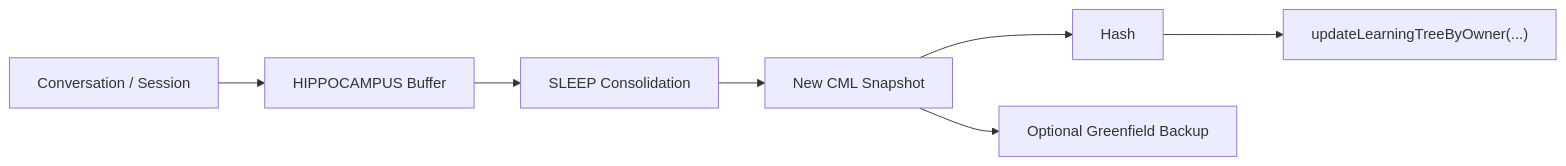
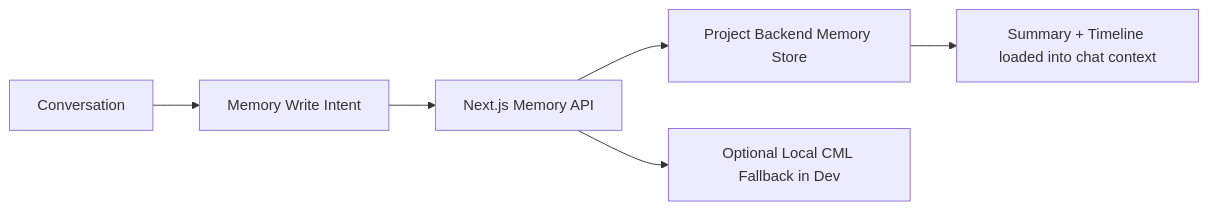
Before and after one commit to fa762/ClaworldNfa: the second of 6 diagrams in README.md, drawn with Mermaid. The commit also changed other lines of this file and 11 other files, not shown here.

````diff
--- a/README.md
+++ b/README.md
@@ -121,9 +156,8 @@
 ```mermaid
 flowchart LR
-  A["Conversation / Session"] --> B["HIPPOCAMPUS Buffer"]
-  B --> C["SLEEP Consolidation"]
-  C --> D["New CML Snapshot"]
-  D --> E["Hash"]
-  E --> F["updateLearningTreeByOwner(...)"]
-  D --> G["Optional Greenfield Backup"]
+  A["Conversation"] --> B["Memory Write Intent"]
+  B --> C["Next.js Memory API"]
+  C --> D["Project Backend Memory Store"]
+  C --> E["Optional Local CML Fallback in Dev"]
+  D --> F["Summary + Timeline loaded into chat context"]
 ```
````
